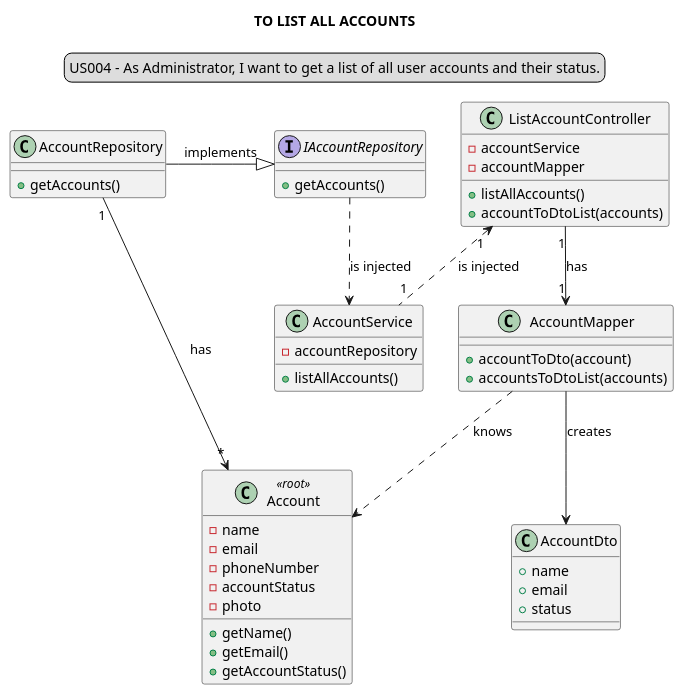
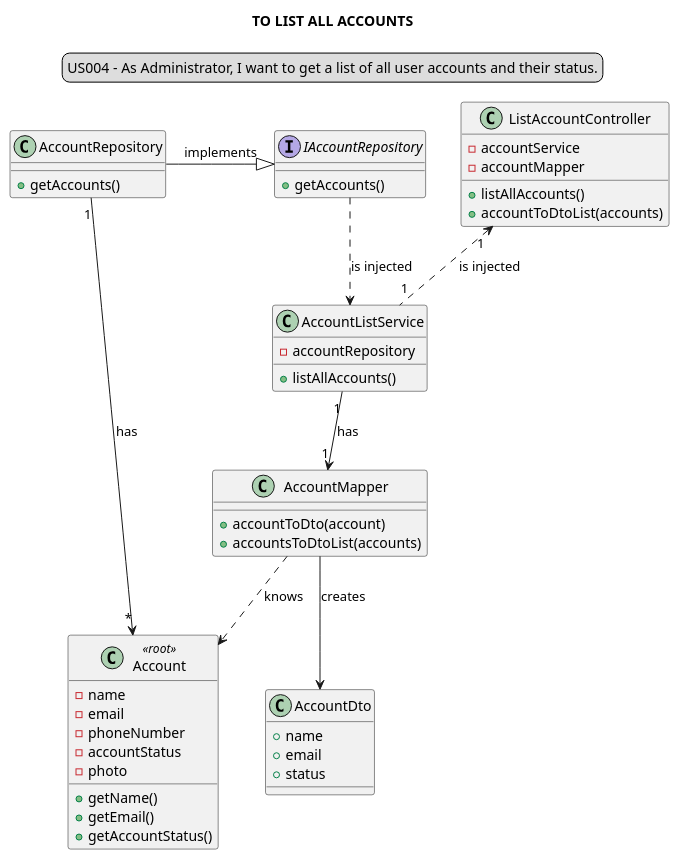
One commit to Loracline/project_switch_22-23 changed the diagram in docs/modelling_design/user_stories/sprint01/us004/US004_classDiagram.puml. Above: the diagram before and after it, drawn with PlantUML. The commit also changed 2 other files, not shown here.

Commit message:
US02,4-6: Design: update Class Diagrams. Addresses #457

```diff
--- a/docs/modelling_design/user_stories/sprint01/us004/US004_classDiagram.puml
+++ b/docs/modelling_design/user_stories/sprint01/us004/US004_classDiagram.puml
@@ -1,59 +1,59 @@
 @startuml
 skinparam sequenceMessageAlign center
 title TO LIST ALL ACCOUNTS
 legend top
 US004 - As Administrator, I want to get a list of all user accounts and their status.
 end legend
 
 
 class ListAccountController {
 -accountService
 -accountMapper
 +listAllAccounts()
 +accountToDtoList(accounts)
 }
 
-class AccountService{
+class AccountListService{
 -accountRepository
 +listAllAccounts()
 }
 
 class AccountRepository{
 +getAccounts()
 }
 
 interface IAccountRepository{
 +getAccounts()
 }
 
 class AccountMapper {
 +accountToDto(account)
 +accountsToDtoList(accounts)
 }
 
 class AccountDto{
 +name
 +email
 +status
 }
 
 class "Account" <<root>>{
 -name
 -email
 -phoneNumber
 -accountStatus
 -photo
 +getName()
 +getEmail()
 +getAccountStatus()
 }
 
-ListAccountController"1" <.. "1"AccountService : is injected
+ListAccountController"1" <.. "1"AccountListService : is injected
 AccountRepository -|> IAccountRepository : implements
-IAccountRepository ..> AccountService : is injected
-ListAccountController "1"--> "1"AccountMapper : has
+IAccountRepository ..> AccountListService : is injected
+AccountListService "1"--> "1"AccountMapper : has
 AccountMapper --> AccountDto : creates
 AccountRepository "1"->"*" Account: has
 AccountMapper ..> Account : knows
 
 @enduml
```
